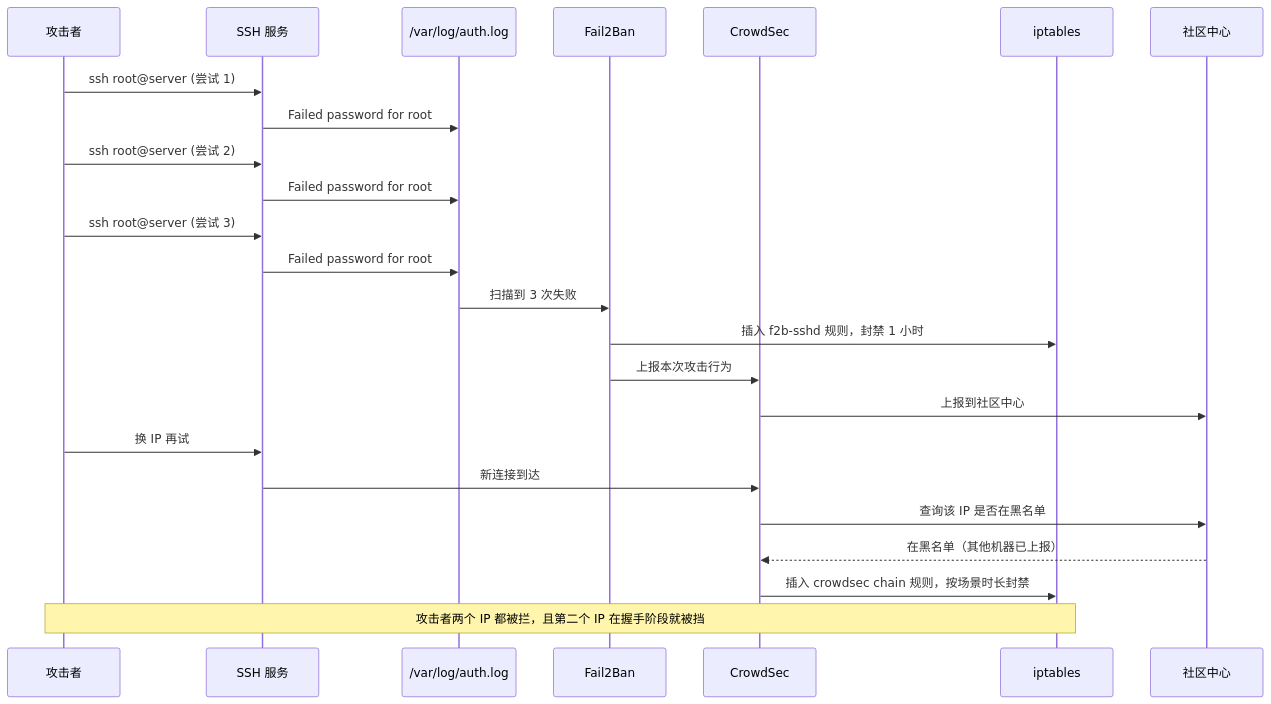
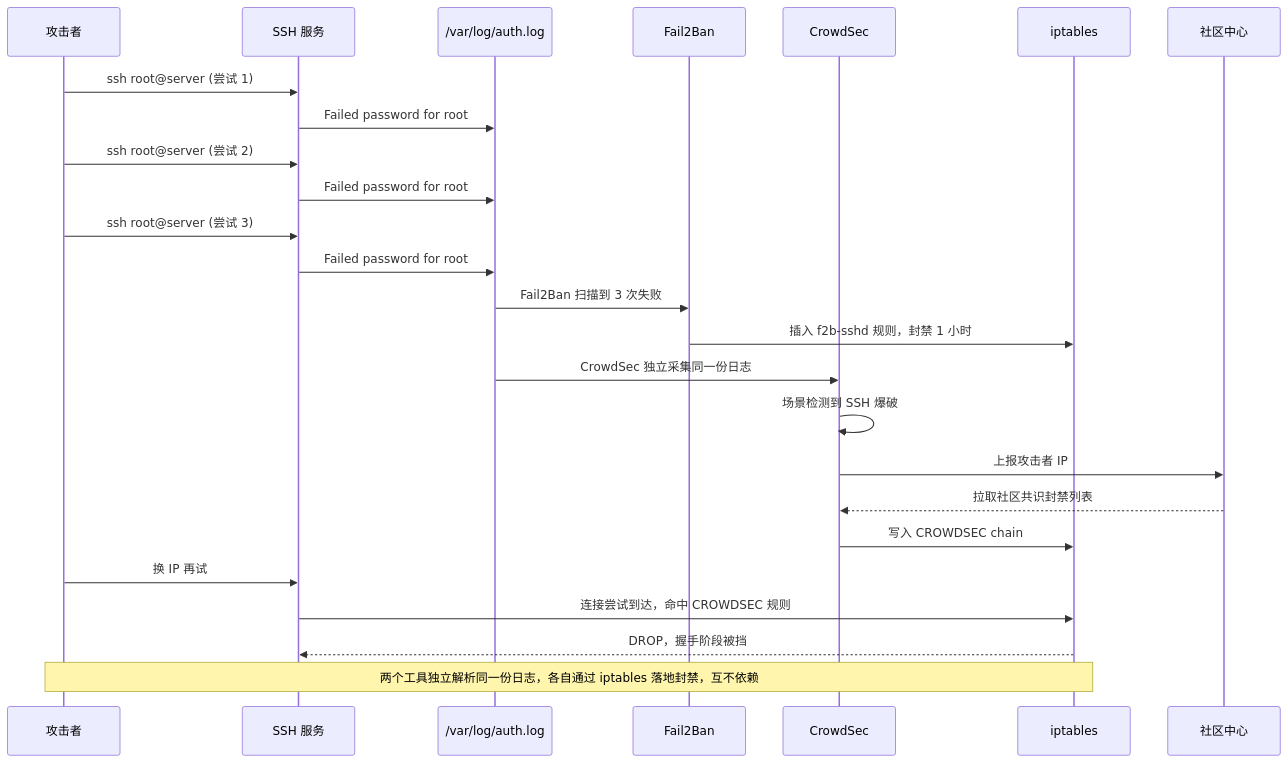
The second of 3 diagrams in content/posts/tech/linux-server-security-hardening-guide.md (A1pha3/text-matrix), drawn with Mermaid before and after one commit. The commit also changed other lines of this file and 16 other files, not shown here.

````diff
--- a/content/posts/tech/linux-server-security-hardening-guide.md
+++ b/content/posts/tech/linux-server-security-hardening-guide.md
@@ -303,27 +306,28 @@
 ```mermaid
 sequenceDiagram
     participant A as 攻击者
     participant S as SSH 服务
     participant L as /var/log/auth.log
     participant F as Fail2Ban
     participant C as CrowdSec
     participant I as iptables
     participant H as 社区中心
 
     A->>S: ssh root@server (尝试 1)
     S->>L: Failed password for root
     A->>S: ssh root@server (尝试 2)
     S->>L: Failed password for root
     A->>S: ssh root@server (尝试 3)
     S->>L: Failed password for root
-    L->>F: 扫描到 3 次失败
+    L->>F: Fail2Ban 扫描到 3 次失败
     F->>I: 插入 f2b-sshd 规则，封禁 1 小时
-    F->>C: 上报本次攻击行为
-    C->>H: 上报到社区中心
+    L->>C: CrowdSec 独立采集同一份日志
+    C->>C: 场景检测到 SSH 爆破
+    C->>H: 上报攻击者 IP
+    H-->>C: 拉取社区共识封禁列表
+    C->>I: 写入 CROWDSEC chain
     A->>S: 换 IP 再试
-    S->>C: 新连接到达
-    C->>H: 查询该 IP 是否在黑名单
-    H-->>C: 在黑名单（其他机器已上报）
-    C->>I: 插入 crowdsec chain 规则，按场景时长封禁
-    Note over A,I: 攻击者两个 IP 都被拦，且第二个 IP 在握手阶段就被挡
+    S->>I: 连接尝试到达，命中 CROWDSEC 规则
+    I-->>S: DROP，握手阶段被挡
+    Note over A,I: 两个工具独立解析同一份日志，各自通过 iptables 落地封禁，互不依赖
 ```
````
